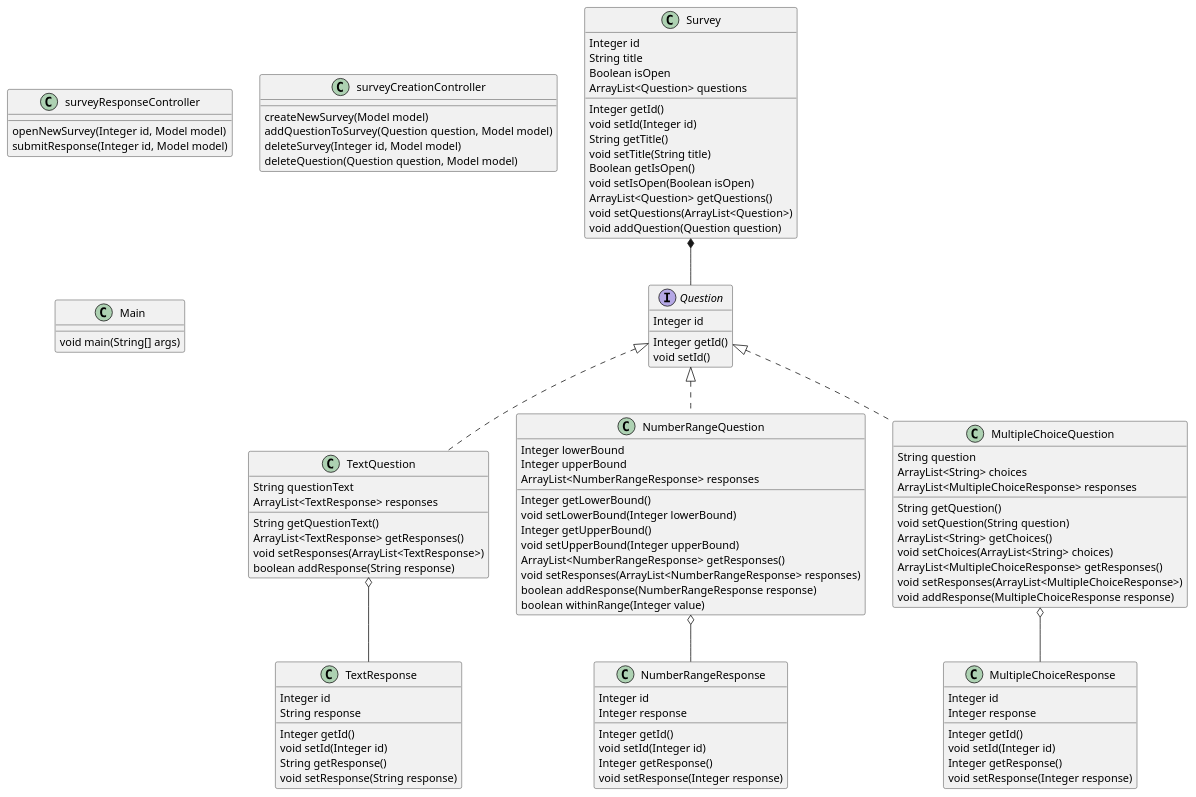
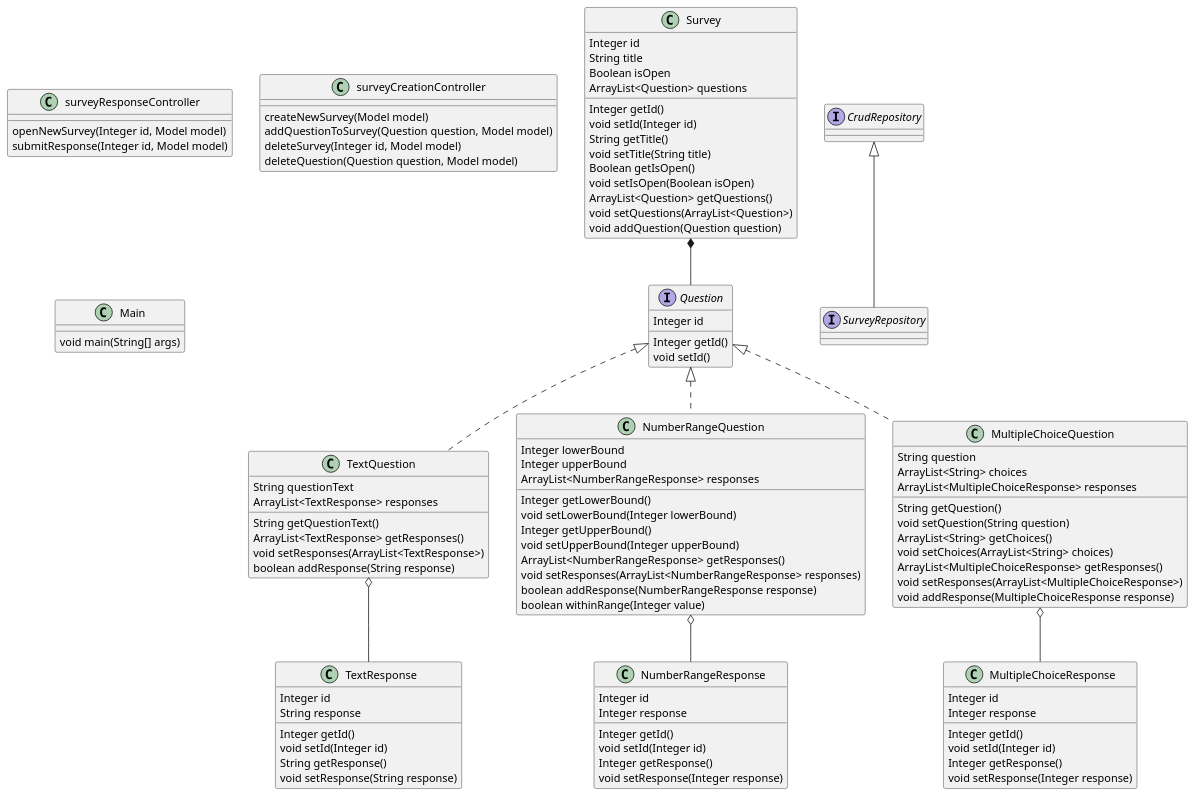
Before and after one commit to elyssagrant/SYSC4806-Group-Project: the diagram in plant_uml/java-class-diagram.puml, drawn with PlantUML.

Commit message:
Added CrudRepository interface to uml

```diff
--- a/plant_uml/java-class-diagram.puml
+++ b/plant_uml/java-class-diagram.puml
@@ -1,107 +1,115 @@
 @startuml
 class Survey{
 Integer id
 String title
 Boolean isOpen
 ArrayList<Question> questions
 Integer getId()
 void setId(Integer id)
 String getTitle()
 void setTitle(String title)
 Boolean getIsOpen()
 void setIsOpen(Boolean isOpen)
 ArrayList<Question> getQuestions()
 void setQuestions(ArrayList<Question>)
 void addQuestion(Question question)
 }
 
 interface Question {
     Integer id
     Integer getId()
     void setId()
 }
 
 class TextQuestion implements Question {
 String questionText
 ArrayList<TextResponse> responses
 String getQuestionText()
 ArrayList<TextResponse> getResponses()
 void setResponses(ArrayList<TextResponse>)
 boolean addResponse(String response)
 }
 
 class NumberRangeQuestion implements Question{
 Integer lowerBound
 Integer upperBound
 ArrayList<NumberRangeResponse> responses
 Integer getLowerBound()
 void setLowerBound(Integer lowerBound)
 Integer getUpperBound()
 void setUpperBound(Integer upperBound)
 ArrayList<NumberRangeResponse> getResponses()
 void setResponses(ArrayList<NumberRangeResponse> responses)
 boolean addResponse(NumberRangeResponse response)
 boolean withinRange(Integer value)
 }
 
 class MultipleChoiceQuestion implements Question{
 String question
 ArrayList<String> choices
 ArrayList<MultipleChoiceResponse> responses
 String getQuestion()
 void setQuestion(String question)
 ArrayList<String> getChoices()
 void setChoices(ArrayList<String> choices)
 ArrayList<MultipleChoiceResponse> getResponses()
 void setResponses(ArrayList<MultipleChoiceResponse>)
 void addResponse(MultipleChoiceResponse response)
 }
 
 class TextResponse {
 Integer id
 String response
 Integer getId()
 void setId(Integer id)
 String getResponse()
 void setResponse(String response)
 }
 
 class NumberRangeResponse{
 Integer id
 Integer response
 Integer getId()
 void setId(Integer id)
 Integer getResponse()
 void setResponse(Integer response)
 }
 
 class MultipleChoiceResponse {
 Integer id
 Integer response
 Integer getId()
 void setId(Integer id)
 Integer getResponse()
 void setResponse(Integer response)
 }
 
 class surveyResponseController {
 openNewSurvey(Integer id, Model model)
 submitResponse(Integer id, Model model)
 }
 
 class surveyCreationController {
 createNewSurvey(Model model)
 addQuestionToSurvey(Question question, Model model)
 deleteSurvey(Integer id, Model model)
 deleteQuestion(Question question, Model model)
 }
 
 class Main {
 void main(String[] args)
 }
 
+interface CrudRepository {
+
+}
+
+interface SurveyRepository implements CrudRepository {
+
+}
+
 Survey *-- Question
 TextQuestion o-- TextResponse
 NumberRangeQuestion o-- NumberRangeResponse
 MultipleChoiceQuestion o-- MultipleChoiceResponse
 @enduml
```
